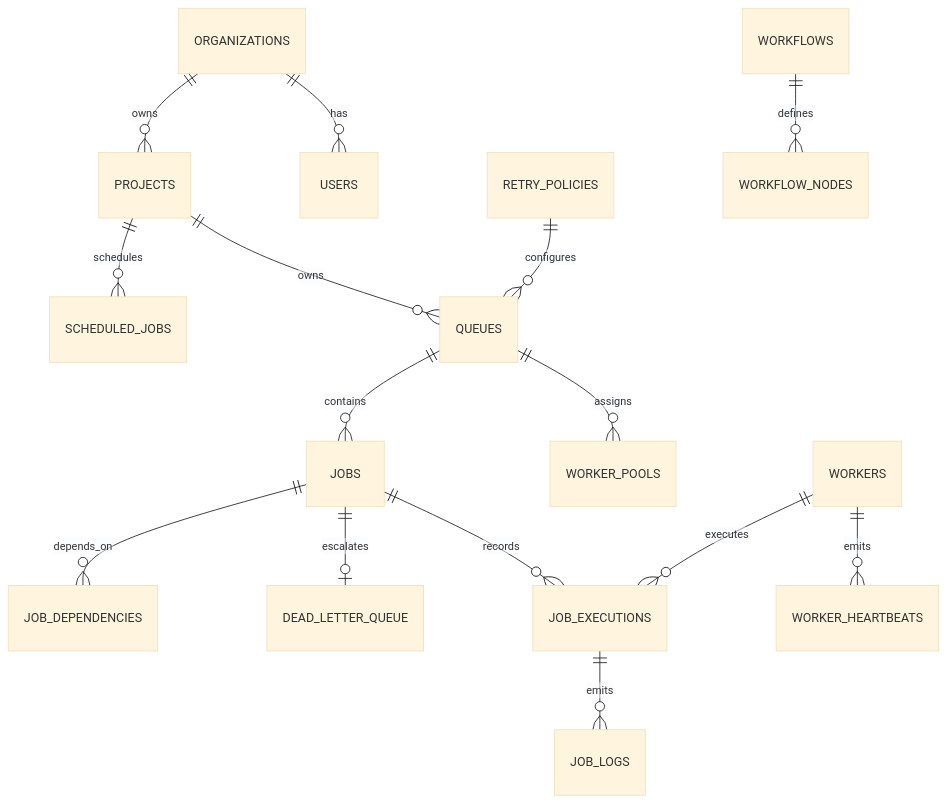
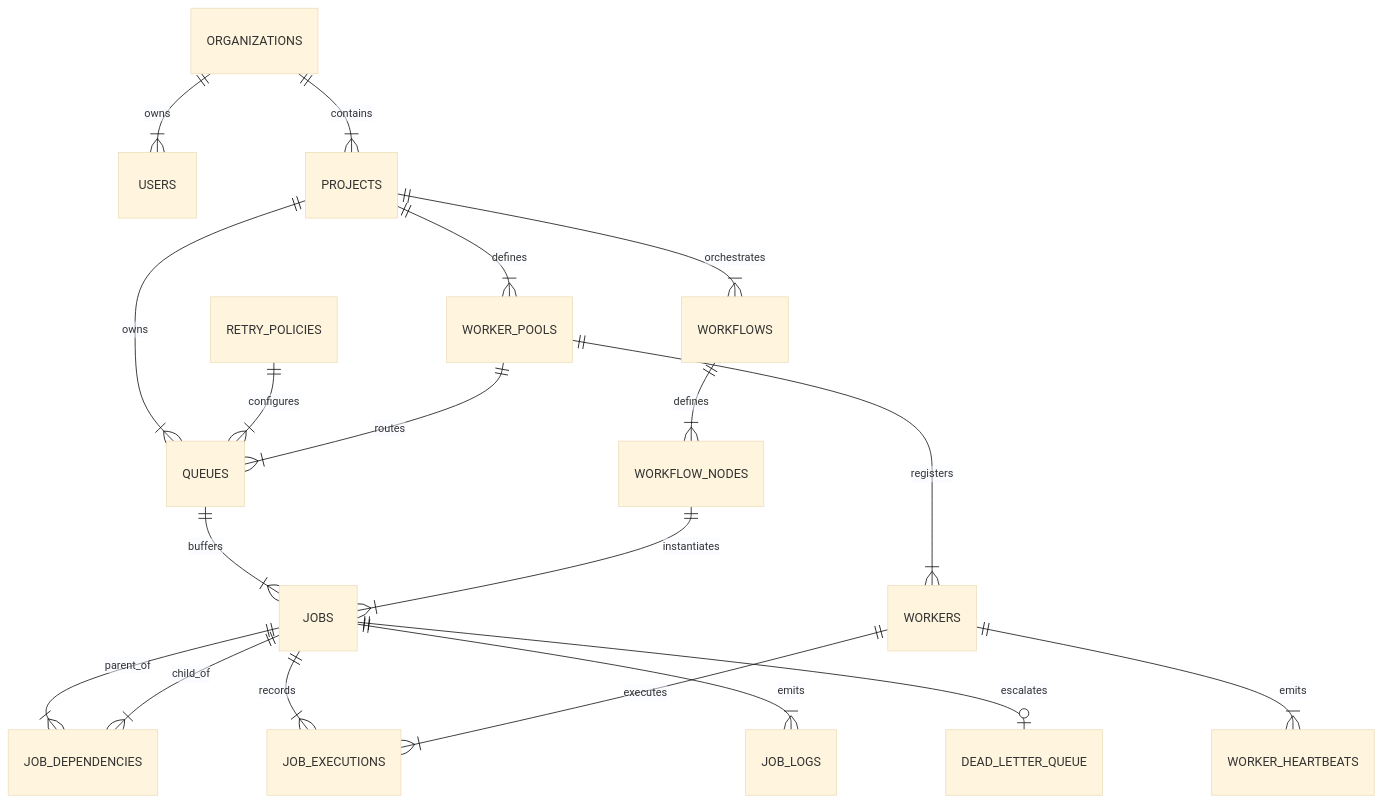
The diagram in docs/ER_DIAGRAM.md (Lakshman2405/distributed-job-scheduler), drawn with Mermaid (base theme) before and after one commit. The commit also changed other lines of this file and 4 other files, not shown here.

Commit message:
docs: elevate all specification files in docs folder with Mermaid diagrams, tables, and alert callouts

````diff
--- a/docs/ER_DIAGRAM.md
+++ b/docs/ER_DIAGRAM.md
@@ -3,17 +9,25 @@
 ```mermaid
 erDiagram
-    ORGANIZATIONS ||--o{ USERS : has
-    ORGANIZATIONS ||--o{ PROJECTS : owns
-    PROJECTS ||--o{ QUEUES : owns
-    QUEUES ||--o{ WORKER_POOLS : assigns
-    RETRY_POLICIES ||--o{ QUEUES : configures
-    QUEUES ||--o{ JOBS : contains
-    WORKFLOWS ||--o{ WORKFLOW_NODES : defines
-    JOBS ||--o{ JOB_EXECUTIONS : records
-    JOB_EXECUTIONS ||--o{ JOB_LOGS : emits
+    ORGANIZATIONS ||--|{ USERS : owns
+    ORGANIZATIONS ||--|{ PROJECTS : contains
+    PROJECTS ||--|{ WORKER_POOLS : defines
+    PROJECTS ||--|{ QUEUES : owns
+    PROJECTS ||--|{ WORKFLOWS : orchestrates
+    
+    RETRY_POLICIES ||--|{ QUEUES : configures
+    WORKER_POOLS ||--|{ QUEUES : routes
+    WORKER_POOLS ||--|{ WORKERS : registers
+    
+    QUEUES ||--|{ JOBS : buffers
+    WORKFLOWS ||--|{ WORKFLOW_NODES : defines
+    WORKFLOW_NODES ||--|{ JOBS : instantiates
+    
+    JOBS ||--|{ JOB_DEPENDENCIES : parent_of
+    JOBS ||--|{ JOB_DEPENDENCIES : child_of
+    JOBS ||--|{ JOB_EXECUTIONS : records
+    JOBS ||--|{ JOB_LOGS : emits
     JOBS ||--o| DEAD_LETTER_QUEUE : escalates
-    PROJECTS ||--o{ SCHEDULED_JOBS : schedules
-    WORKERS ||--o{ WORKER_HEARTBEATS : emits
-    WORKERS ||--o{ JOB_EXECUTIONS : executes
-    JOBS ||--o{ JOB_DEPENDENCIES : depends_on
+    
+    WORKERS ||--|{ WORKER_HEARTBEATS : emits
+    WORKERS ||--|{ JOB_EXECUTIONS : executes
 ```
````
